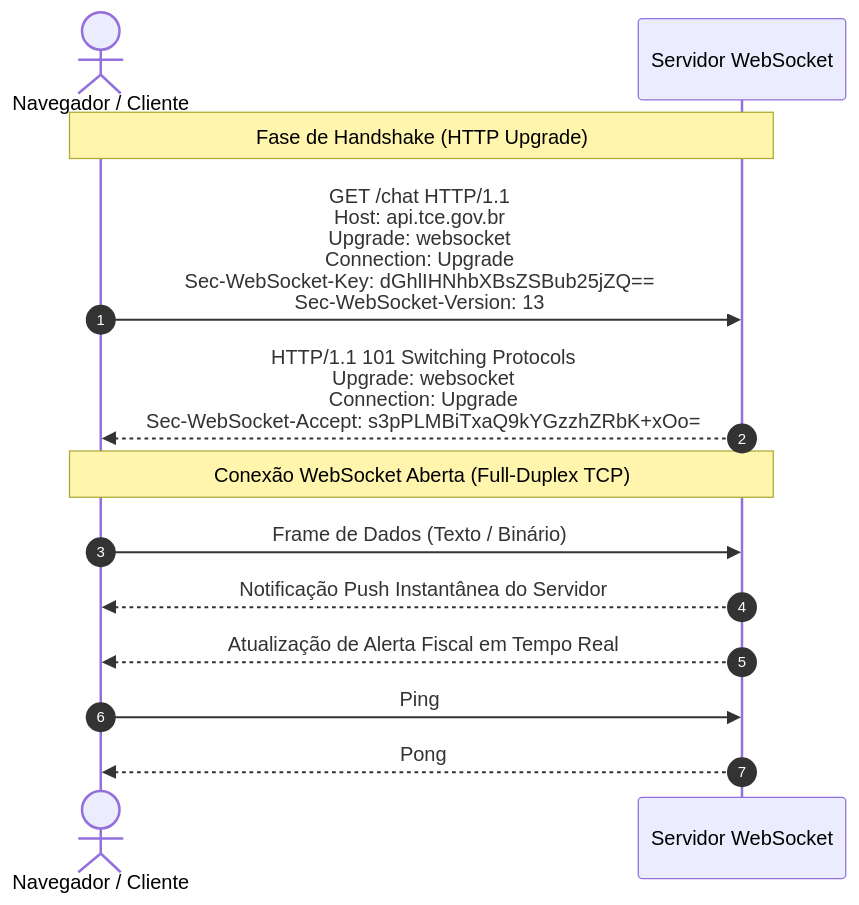
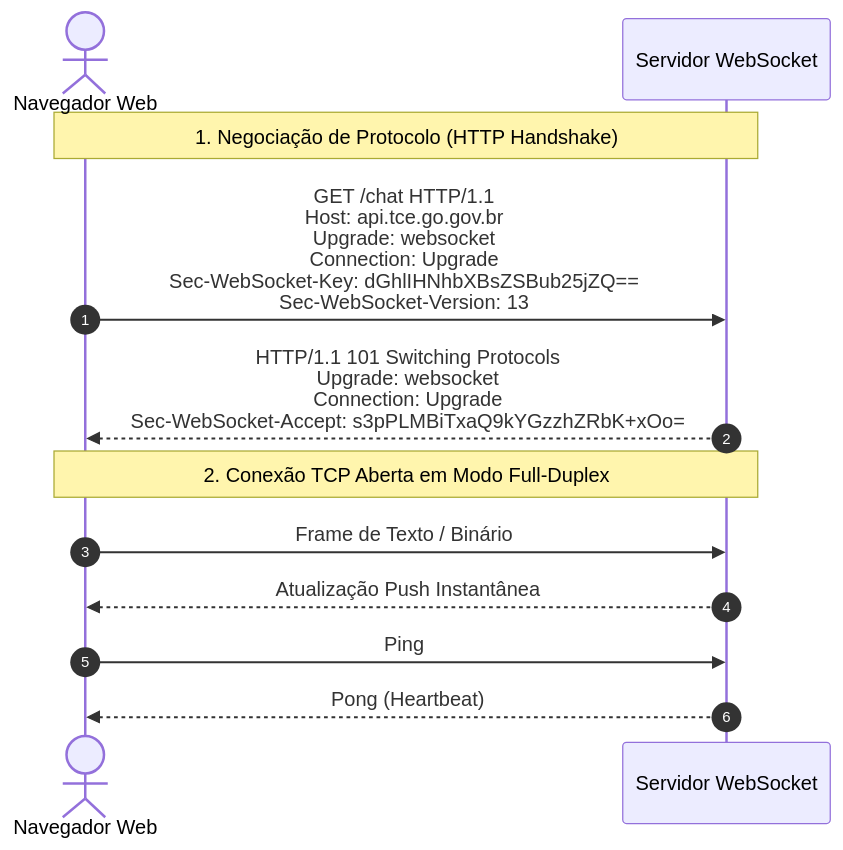
One commit to thiagosantos346/TCE-GO-2027 changed the fourth of 4 diagrams in fontes_de_estudo/conhecimentos_especificos_b02_ti/05_desenvolvimento_de_sistemas/04_apis_restful_graphql_websockets_documentacao.md. Above: the diagram before and after it, drawn with Mermaid. The commit also changed other lines of this file and 119 other files, not shown here.

````diff
--- a/fontes_de_estudo/conhecimentos_especificos_b02_ti/05_desenvolvimento_de_sistemas/04_apis_restful_graphql_websockets_documentacao.md
+++ b/fontes_de_estudo/conhecimentos_especificos_b02_ti/05_desenvolvimento_de_sistemas/04_apis_restful_graphql_websockets_documentacao.md
@@ -191,17 +244,16 @@
 ```mermaid
 sequenceDiagram
     autonumber
-    actor Cliente as Navegador / Cliente
+    actor Cliente as Navegador Web
     participant Servidor as Servidor WebSocket
 
-    Note over Cliente,Servidor: Fase de Handshake (HTTP Upgrade)
-    Cliente->>Servidor: GET /chat HTTP/1.1<br/>Host: api.tce.gov.br<br/>Upgrade: websocket<br/>Connection: Upgrade<br/>Sec-WebSocket-Key: dGhlIHNhbXBsZSBub25jZQ==<br/>Sec-WebSocket-Version: 13
+    Note over Cliente,Servidor: 1. Negociação de Protocolo (HTTP Handshake)
+    Cliente->>Servidor: GET /chat HTTP/1.1<br/>Host: api.tce.go.gov.br<br/>Upgrade: websocket<br/>Connection: Upgrade<br/>Sec-WebSocket-Key: dGhlIHNhbXBsZSBub25jZQ==<br/>Sec-WebSocket-Version: 13
     Servidor-->>Cliente: HTTP/1.1 101 Switching Protocols<br/>Upgrade: websocket<br/>Connection: Upgrade<br/>Sec-WebSocket-Accept: s3pPLMBiTxaQ9kYGzzhZRbK+xOo=
 
-    Note over Cliente,Servidor: Conexão WebSocket Aberta (Full-Duplex TCP)
-    Cliente->>Servidor: Frame de Dados (Texto / Binário)
-    Servidor-->>Cliente: Notificação Push Instantânea do Servidor
-    Servidor-->>Cliente: Atualização de Alerta Fiscal em Tempo Real
+    Note over Cliente,Servidor: 2. Conexão TCP Aberta em Modo Full-Duplex
+    Cliente->>Servidor: Frame de Texto / Binário
+    Servidor-->>Cliente: Atualização Push Instantânea
     Cliente->>Servidor: Ping
-    Servidor-->>Cliente: Pong
+    Servidor-->>Cliente: Pong (Heartbeat)
 ```
````
